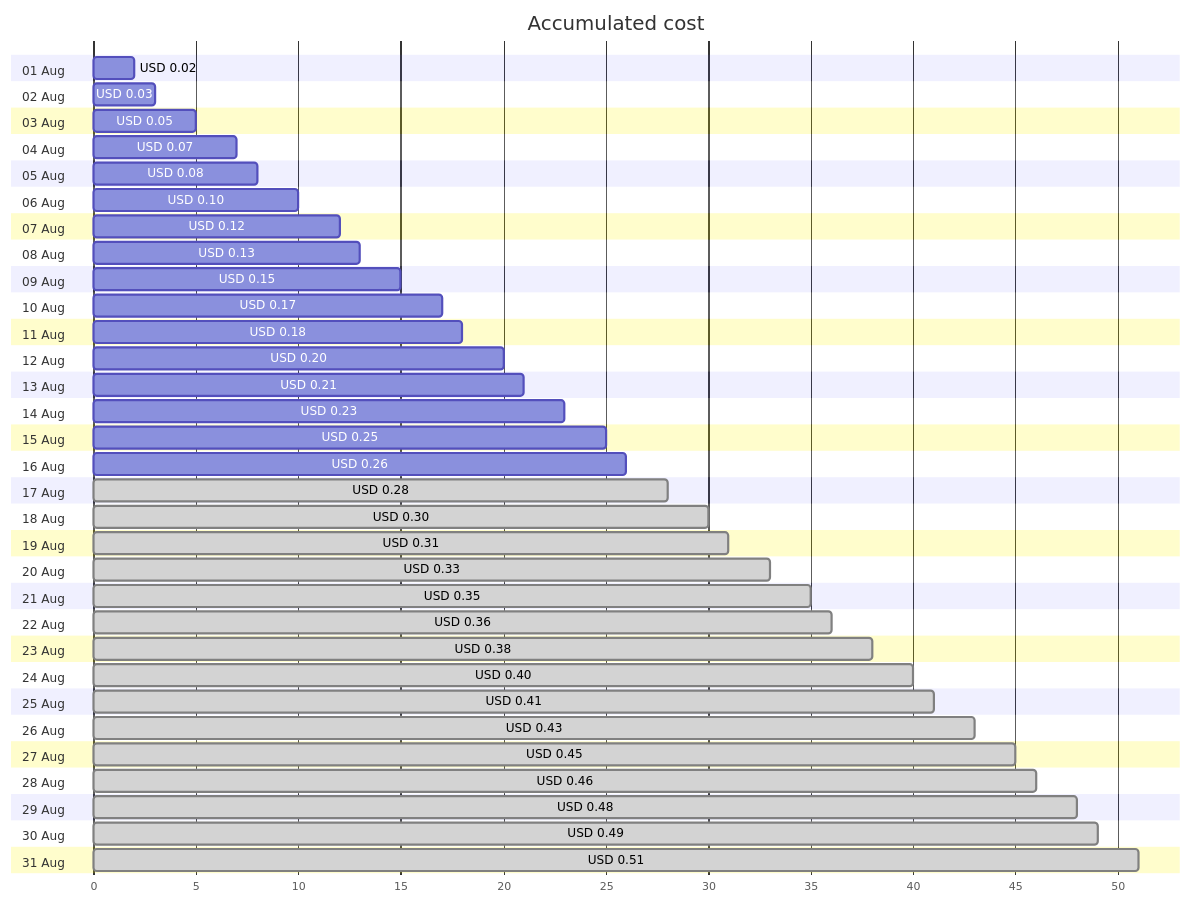
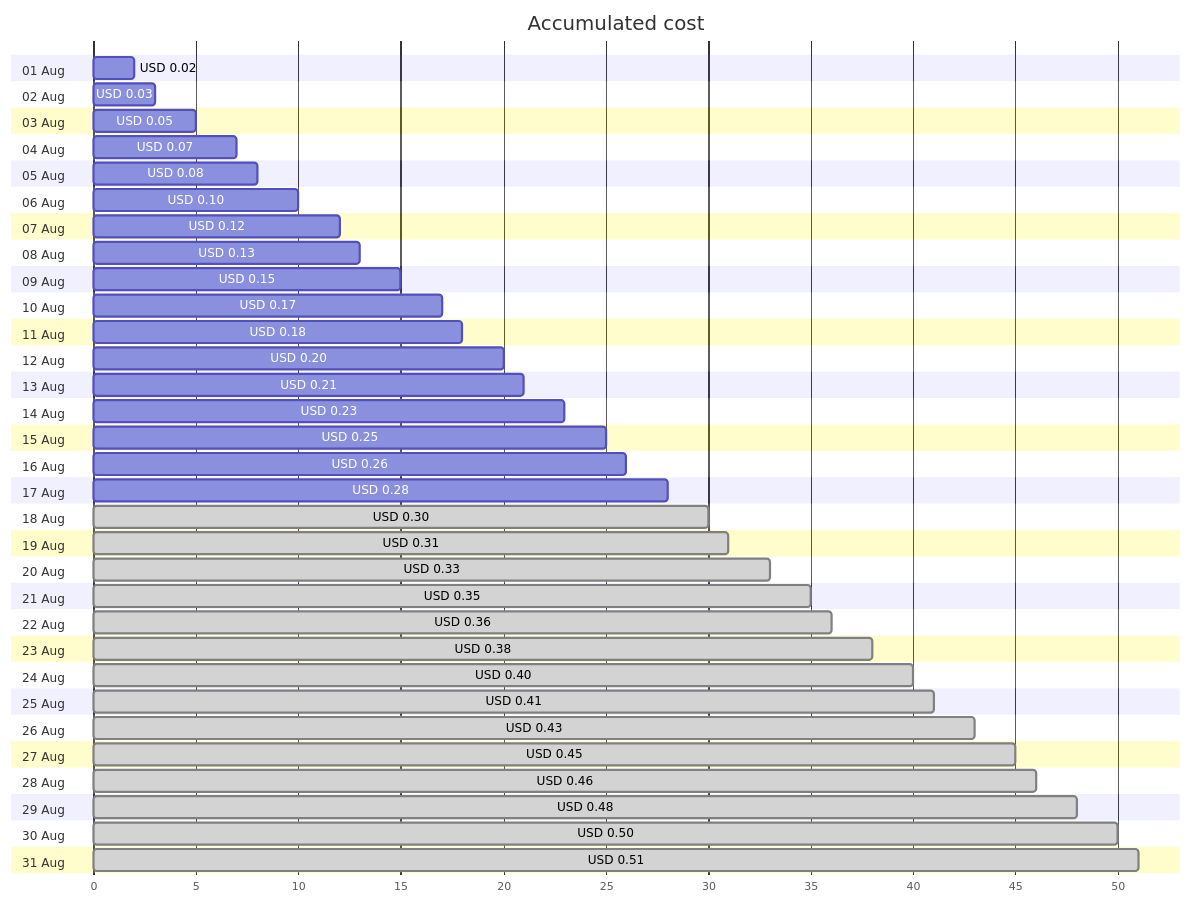
The first of 4 diagrams in cost-reports/personal-dns/jpatrickfulton.dev.md (jpfulton/azure-personal-reports), drawn with Mermaid before and after one commit. The commit also changed other lines of this file and 2 other files, not shown here.

````diff
--- a/cost-reports/personal-dns/jpatrickfulton.dev.md
+++ b/cost-reports/personal-dns/jpatrickfulton.dev.md
@@ -20,68 +20,68 @@
 ```mermaid
 gantt
    title Accumulated cost
    dateFormat  X
    axisFormat %s
    section 01 Aug
    USD 0.02 :0, 2
    section 02 Aug
    USD 0.03 :0, 3
    section 03 Aug
    USD 0.05 :0, 5
    section 04 Aug
    USD 0.07 :0, 7
    section 05 Aug
    USD 0.08 :0, 8
    section 06 Aug
    USD 0.10 :0, 10
    section 07 Aug
    USD 0.12 :0, 12
    section 08 Aug
    USD 0.13 :0, 13
    section 09 Aug
    USD 0.15 :0, 15
    section 10 Aug
    USD 0.17 :0, 17
    section 11 Aug
    USD 0.18 :0, 18
    section 12 Aug
    USD 0.20 :0, 20
    section 13 Aug
    USD 0.21 :0, 21
    section 14 Aug
    USD 0.23 :0, 23
    section 15 Aug
    USD 0.25 :0, 25
    section 16 Aug
    USD 0.26 :0, 26
    section 17 Aug
-   USD 0.28 : done, 0, 28
+   USD 0.28 :0, 28
    section 18 Aug
    USD 0.30 : done, 0, 30
    section 19 Aug
    USD 0.31 : done, 0, 31
    section 20 Aug
    USD 0.33 : done, 0, 33
    section 21 Aug
    USD 0.35 : done, 0, 35
    section 22 Aug
    USD 0.36 : done, 0, 36
    section 23 Aug
    USD 0.38 : done, 0, 38
    section 24 Aug
    USD 0.40 : done, 0, 40
    section 25 Aug
    USD 0.41 : done, 0, 41
    section 26 Aug
    USD 0.43 : done, 0, 43
    section 27 Aug
    USD 0.45 : done, 0, 45
    section 28 Aug
    USD 0.46 : done, 0, 46
    section 29 Aug
    USD 0.48 : done, 0, 48
    section 30 Aug
-   USD 0.49 : done, 0, 49
+   USD 0.50 : done, 0, 50
    section 31 Aug
    USD 0.51 : done, 0, 51
 ```
````
